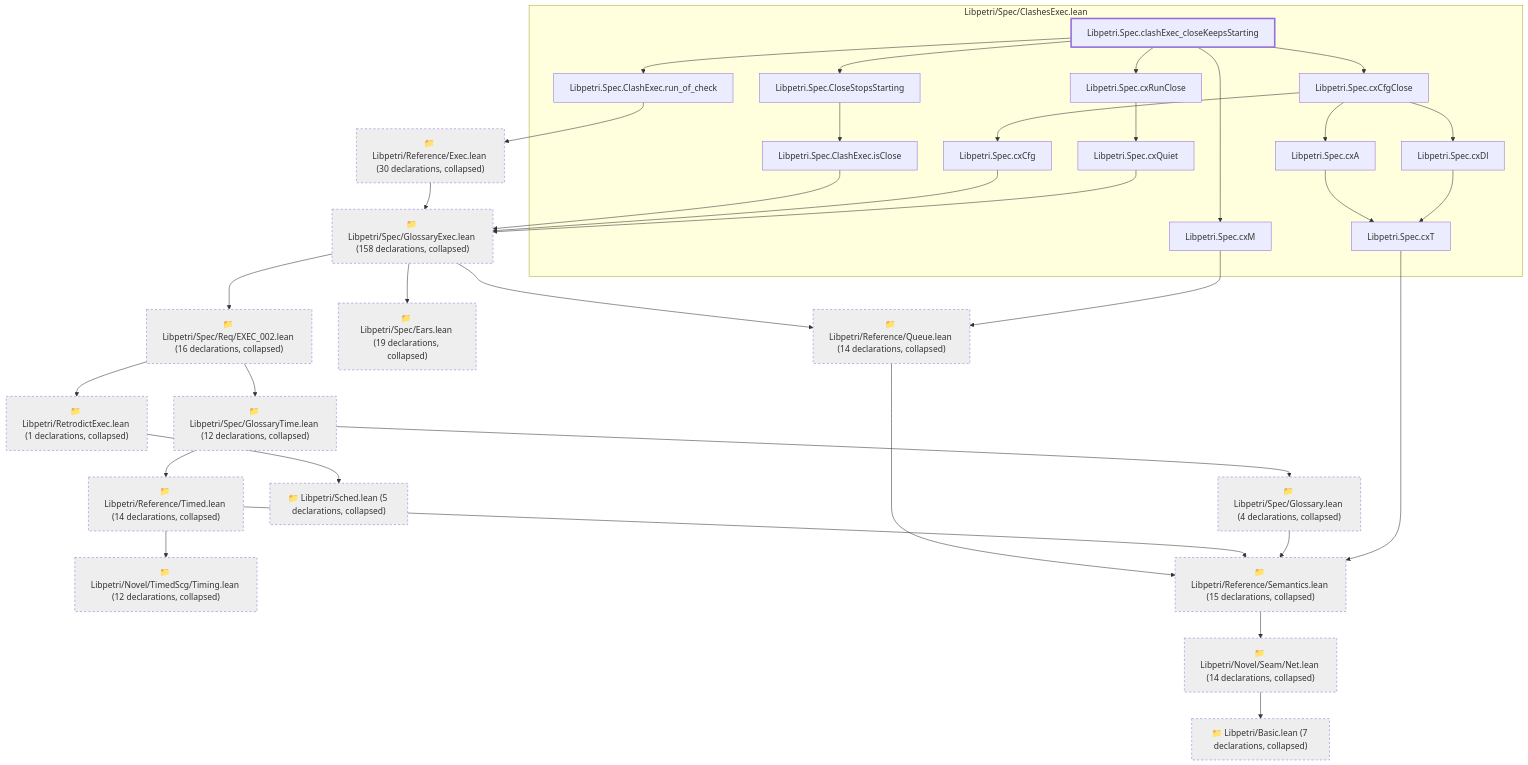
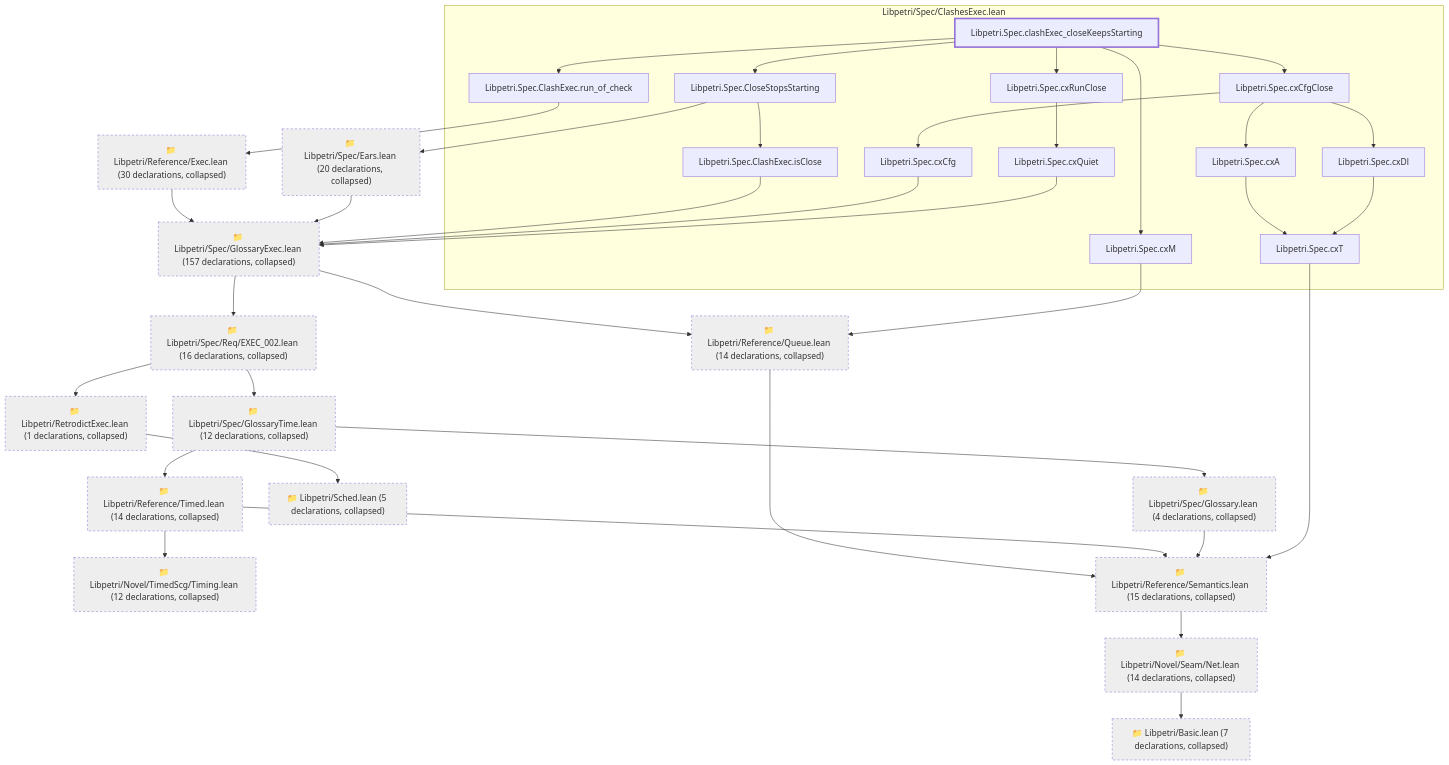
One commit to debe/libpetri changed the diagram in lean/graph/requirements/ENV-013.md. Above: the diagram before and after it, drawn with Mermaid. The commit also changed 334 other files, not shown here.

````diff
--- a/lean/graph/requirements/ENV-013.md
+++ b/lean/graph/requirements/ENV-013.md
@@ -13,69 +13,70 @@
 ```mermaid
 flowchart TD
   subgraph g0["Libpetri/Spec/ClashesExec.lean"]
-    n5951["Libpetri.Spec.ClashExec.isClose"]
-    n5953["Libpetri.Spec.ClashExec.run_of_check"]
-    n5982["Libpetri.Spec.CloseStopsStarting"]
-    n12499["Libpetri.Spec.clashExec_closeKeepsStarting"]
-    n14228["Libpetri.Spec.cxA"]
-    n14230["Libpetri.Spec.cxCfg"]
-    n14231["Libpetri.Spec.cxCfgClose"]
-    n14236["Libpetri.Spec.cxDl"]
-    n14238["Libpetri.Spec.cxM"]
-    n14240["Libpetri.Spec.cxQuiet"]
-    n14241["Libpetri.Spec.cxRunClose"]
-    n14250["Libpetri.Spec.cxT"]
+    n5952["Libpetri.Spec.ClashExec.isClose"]
+    n5954["Libpetri.Spec.ClashExec.run_of_check"]
+    n5983["Libpetri.Spec.CloseStopsStarting"]
+    n12500["Libpetri.Spec.clashExec_closeKeepsStarting"]
+    n14229["Libpetri.Spec.cxA"]
+    n14231["Libpetri.Spec.cxCfg"]
+    n14232["Libpetri.Spec.cxCfgClose"]
+    n14237["Libpetri.Spec.cxDl"]
+    n14239["Libpetri.Spec.cxM"]
+    n14241["Libpetri.Spec.cxQuiet"]
+    n14242["Libpetri.Spec.cxRunClose"]
+    n14251["Libpetri.Spec.cxT"]
   end
   c0["📁 Libpetri/Basic.lean (7 declarations, collapsed)"]
   c54["📁 Libpetri/Novel/Seam/Net.lean (14 declarations, collapsed)"]
   c66["📁 Libpetri/Novel/TimedScg/Timing.lean (12 declarations, collapsed)"]
   c80["📁 Libpetri/Reference/Exec.lean (30 declarations, collapsed)"]
   c91["📁 Libpetri/Reference/Queue.lean (14 declarations, collapsed)"]
   c94["📁 Libpetri/Reference/Semantics.lean (15 declarations, collapsed)"]
   c98["📁 Libpetri/Reference/Timed.lean (14 declarations, collapsed)"]
   c103["📁 Libpetri/RetrodictExec.lean (1 declarations, collapsed)"]
   c109["📁 Libpetri/Sched.lean (5 declarations, collapsed)"]
-  c131["📁 Libpetri/Spec/Ears.lean (19 declarations, collapsed)"]
+  c131["📁 Libpetri/Spec/Ears.lean (20 declarations, collapsed)"]
   c132["📁 Libpetri/Spec/Glossary.lean (4 declarations, collapsed)"]
-  c139["📁 Libpetri/Spec/GlossaryExec.lean (158 declarations, collapsed)"]
+  c139["📁 Libpetri/Spec/GlossaryExec.lean (157 declarations, collapsed)"]
   c146["📁 Libpetri/Spec/GlossaryTime.lean (12 declarations, collapsed)"]
   c232["📁 Libpetri/Spec/Req/EXEC_002.lean (16 declarations, collapsed)"]
   c54 --> c0
   c80 --> c139
   c91 --> c94
   c94 --> c54
   c98 --> c66
   c98 --> c94
   c103 --> c109
+  c131 --> c139
   c132 --> c94
   c139 --> c91
-  c139 --> c131
   c139 --> c232
   c146 --> c98
   c146 --> c132
   c232 --> c103
   c232 --> c146
-  n5951 --> c139
-  n5953 --> c80
-  n5982 --> n5951
-  n12499 --> n5953
-  n12499 --> n5982
-  n12499 --> n14231
-  n12499 --> n14238
-  n12499 --> n14241
-  n14228 --> n14250
-  n14230 --> c139
-  n14231 --> n14228
-  n14231 --> n14230
-  n14231 --> n14236
-  n14236 --> n14250
-  n14238 --> c91
-  n14240 --> c139
-  n14241 --> n14240
-  n14250 --> c94
+  n5952 --> c139
+  n5954 --> c80
+  n5983 --> c131
+  n5983 --> n5952
+  n12500 --> n5954
+  n12500 --> n5983
+  n12500 --> n14232
+  n12500 --> n14239
+  n12500 --> n14242
+  n14229 --> n14251
+  n14231 --> c139
+  n14232 --> n14229
+  n14232 --> n14231
+  n14232 --> n14237
+  n14237 --> n14251
+  n14239 --> c91
+  n14241 --> c139
+  n14242 --> n14241
+  n14251 --> c94
   classDef root stroke-width:3px
   classDef locked fill:#fff3cd,stroke:#b8860b
   classDef collapsed fill:#eeeeee,stroke-dasharray:4 4
-  class n12499 root
+  class n12500 root
   class c0,c54,c66,c80,c91,c94,c98,c103,c109,c131,c132,c139,c146,c232 collapsed
 ```
````
